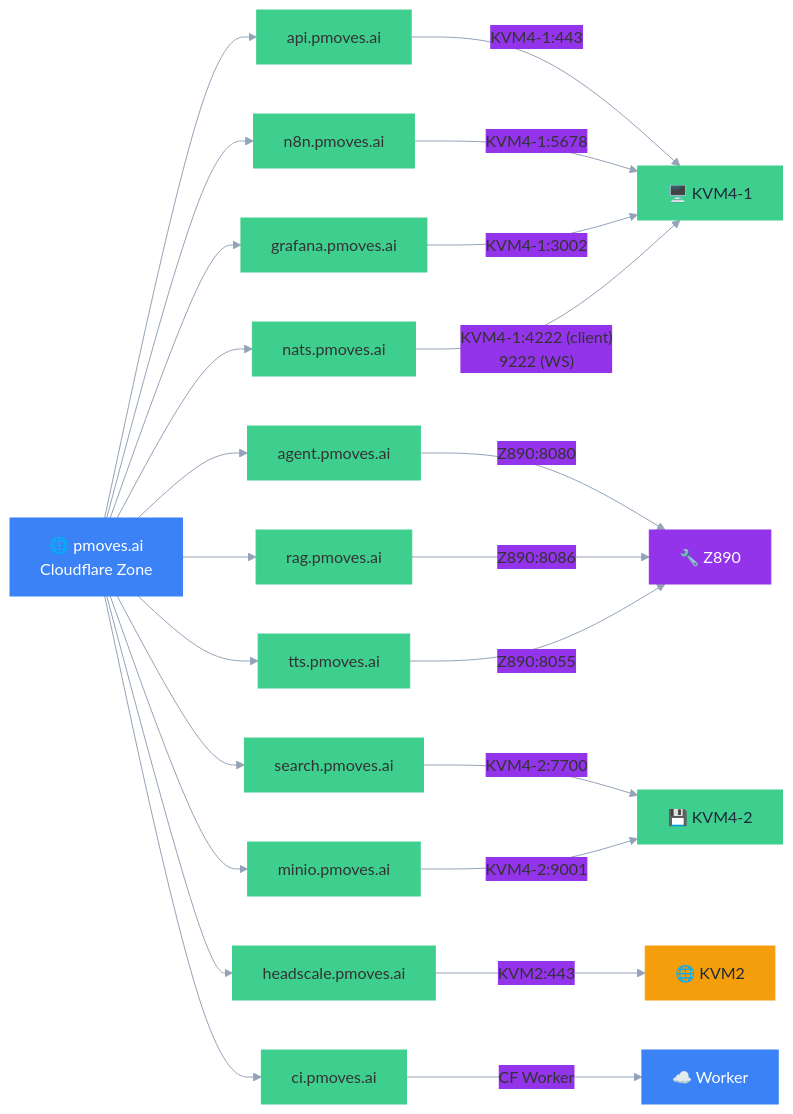
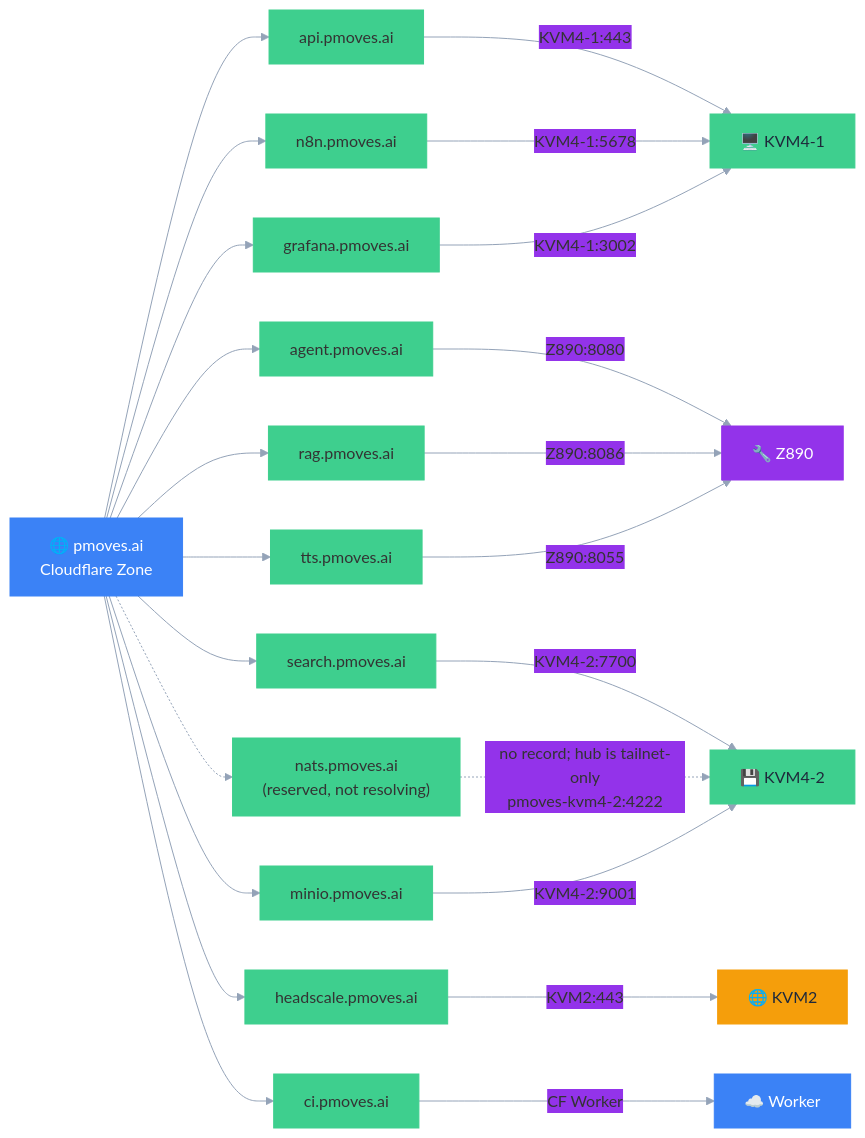
The diagram in pmoves/docs/operations/diagrams/dns-subdomain-map.mmd (POWERFULMOVES/PMOVES.AI), drawn with Mermaid before and after one commit. The commit also changed 139 other files, not shown here.

```diff
--- a/pmoves/docs/operations/diagrams/dns-subdomain-map.mmd
+++ b/pmoves/docs/operations/diagrams/dns-subdomain-map.mmd
@@ -1,40 +1,40 @@
 %%{init: {'theme':'base', 'themeVariables': {
   'primaryColor': '#3ecf8e',
   'primaryBorderColor': '#3ecf8e',
   'secondaryColor': '#9333ea',
   'background': 'transparent',
   'lineColor': '#94a3b8'
 }}}%%
 flowchart LR
     Zone["🌐 pmoves.ai<br/>Cloudflare Zone"]
 
     Zone --> api["api.pmoves.ai"]
     Zone --> agent["agent.pmoves.ai"]
     Zone --> rag["rag.pmoves.ai"]
     Zone --> tts["tts.pmoves.ai"]
     Zone --> n8n["n8n.pmoves.ai"]
     Zone --> grafana["grafana.pmoves.ai"]
     Zone --> search["search.pmoves.ai"]
-    Zone --> nats["nats.pmoves.ai"]
+    Zone -.-> nats["nats.pmoves.ai<br/>(reserved, not resolving)"]
     Zone --> minio["minio.pmoves.ai"]
     Zone --> headscale["headscale.pmoves.ai"]
     Zone --> ci["ci.pmoves.ai"]
 
     api -->|"KVM4-1:443"| KVM41["🖥️ KVM4-1"]
     agent -->|"Z890:8080"| Z890A["🔧 Z890"]
     rag -->|"Z890:8086"| Z890A
     tts -->|"Z890:8055"| Z890A
     n8n -->|"KVM4-1:5678"| KVM41
     grafana -->|"KVM4-1:3002"| KVM41
     search -->|"KVM4-2:7700"| KVM42["💾 KVM4-2"]
-    nats -->|"KVM4-1:4222 (client)<br/>9222 (WS)"| KVM41
+    nats -.->|"no record; hub is tailnet-only<br/>pmoves-kvm4-2:4222"| KVM42
     minio -->|"KVM4-2:9001"| KVM42
     headscale -->|"KVM2:443"| KVM2["🌐 KVM2"]
     ci -->|"CF Worker"| CFW["☁️ Worker"]
 
     style Zone fill:#3b82f6,stroke:#3b82f6,color:#fff
     style KVM41 fill:#3ecf8e,stroke:#3ecf8e,color:#1e293b
     style KVM42 fill:#3ecf8e,stroke:#3ecf8e,color:#1e293b
     style Z890A fill:#9333ea,stroke:#9333ea,color:#fff
     style KVM2 fill:#f59e0b,stroke:#f59e0b,color:#1e293b
     style CFW fill:#3b82f6,stroke:#3b82f6,color:#fff
```
